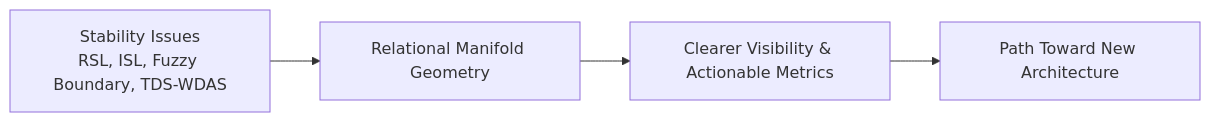
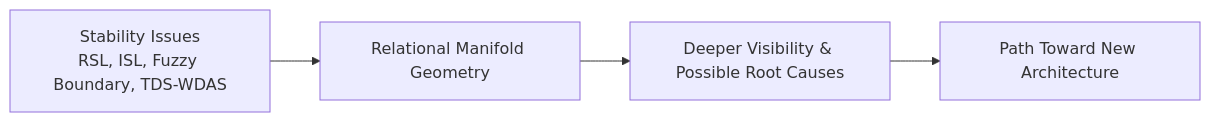
The diagram in docs/bridge-to-realization/mapping-stability-issues-to-manifold.md (CuriousOne23/WhenMathPrays), drawn with Mermaid before and after one commit. The commit also changed other lines of this file, not shown here.

````diff
--- a/docs/bridge-to-realization/mapping-stability-issues-to-manifold.md
+++ b/docs/bridge-to-realization/mapping-stability-issues-to-manifold.md
@@ -206,7 +168,7 @@
 ```mermaid
 flowchart LR
     A[Stability Issues<br>RSL, ISL, Fuzzy Boundary, TDS-WDAS] 
     --> B[Relational Manifold Geometry]
-    B --> C[Clearer Visibility & Actionable Metrics]
+    B --> C[Deeper Visibility & Possible Root Causes]
     C --> D[Path Toward New Architecture]
 ```
````
